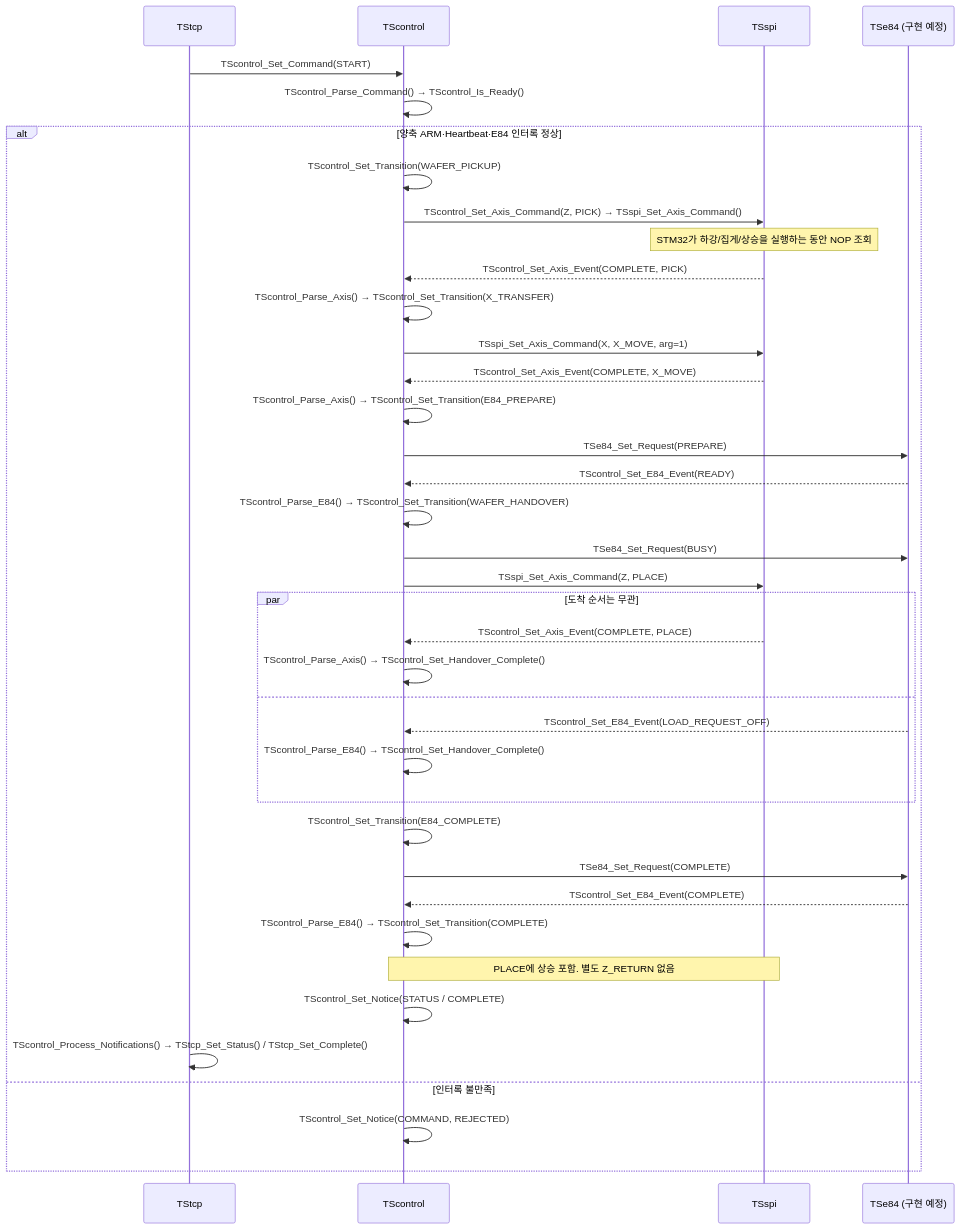
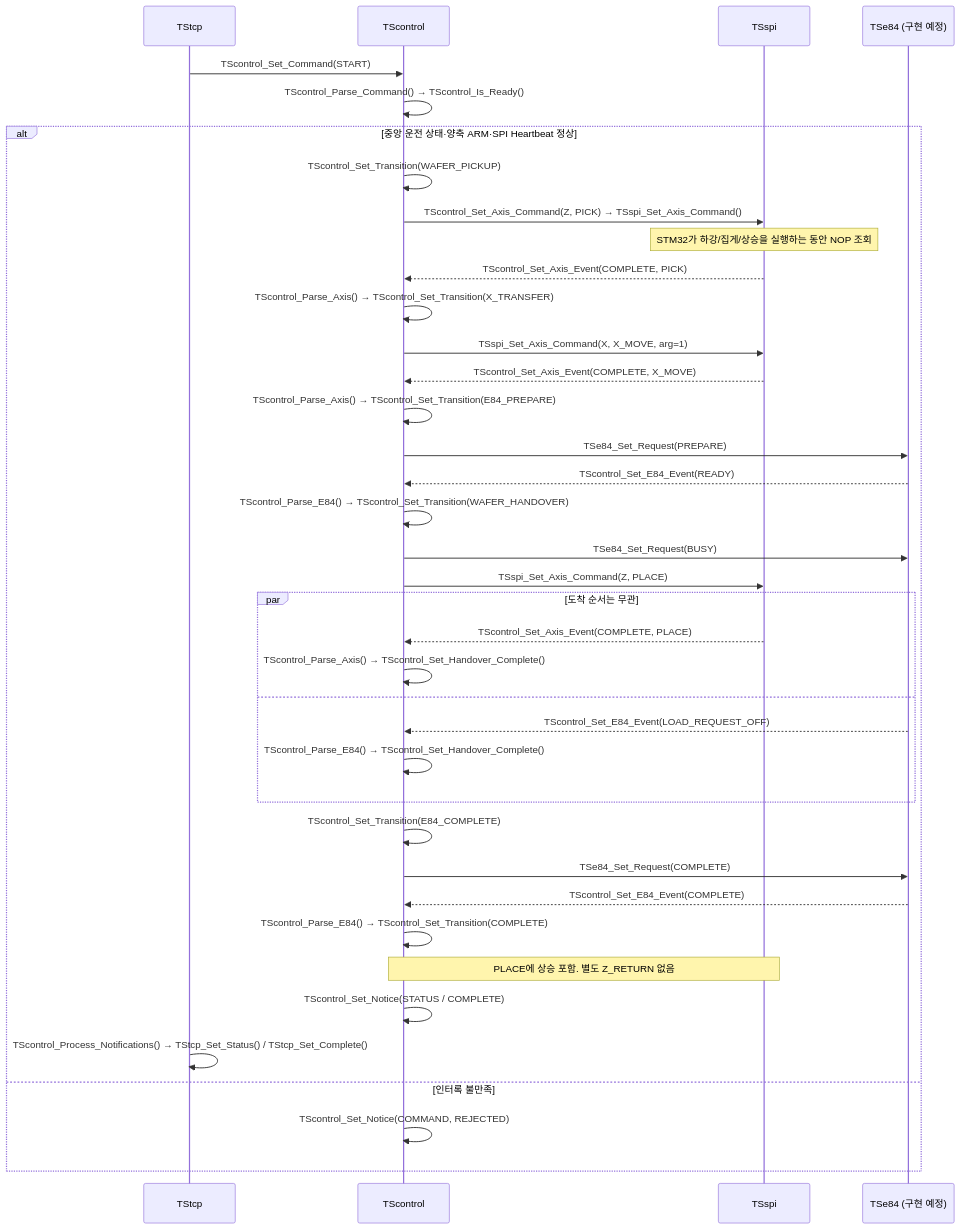
One commit to takecareYata/oht_project changed the third of 4 diagrams in oht_controller/docs/SEQUENCE_DIAGRAMS.md. Above: the diagram before and after it, drawn with Mermaid. The commit also changed other lines of this file and 13 other files, not shown here.

````diff
--- a/oht_controller/docs/SEQUENCE_DIAGRAMS.md
+++ b/oht_controller/docs/SEQUENCE_DIAGRAMS.md
@@ -84,40 +84,40 @@
 ```mermaid
 sequenceDiagram
     participant TCP as TStcp
     participant CONTROL as TScontrol
     participant SPI as TSspi
     participant E84 as TSe84 (구현 예정)
     TCP->>CONTROL: TScontrol_Set_Command(START)
     CONTROL->>CONTROL: TScontrol_Parse_Command() → TScontrol_Is_Ready()
-    alt 양축 ARM·Heartbeat·E84 인터록 정상
+    alt 중앙 운전 상태·양축 ARM·SPI Heartbeat 정상
         CONTROL->>CONTROL: TScontrol_Set_Transition(WAFER_PICKUP)
         CONTROL->>SPI: TScontrol_Set_Axis_Command(Z, PICK) → TSspi_Set_Axis_Command()
         Note over SPI: STM32가 하강/집게/상승을 실행하는 동안 NOP 조회
         SPI-->>CONTROL: TScontrol_Set_Axis_Event(COMPLETE, PICK)
         CONTROL->>CONTROL: TScontrol_Parse_Axis() → TScontrol_Set_Transition(X_TRANSFER)
         CONTROL->>SPI: TSspi_Set_Axis_Command(X, X_MOVE, arg=1)
         SPI-->>CONTROL: TScontrol_Set_Axis_Event(COMPLETE, X_MOVE)
         CONTROL->>CONTROL: TScontrol_Parse_Axis() → TScontrol_Set_Transition(E84_PREPARE)
         CONTROL->>E84: TSe84_Set_Request(PREPARE)
         E84-->>CONTROL: TScontrol_Set_E84_Event(READY)
         CONTROL->>CONTROL: TScontrol_Parse_E84() → TScontrol_Set_Transition(WAFER_HANDOVER)
         CONTROL->>E84: TSe84_Set_Request(BUSY)
         CONTROL->>SPI: TSspi_Set_Axis_Command(Z, PLACE)
         par 도착 순서는 무관
             SPI-->>CONTROL: TScontrol_Set_Axis_Event(COMPLETE, PLACE)
             CONTROL->>CONTROL: TScontrol_Parse_Axis() → TScontrol_Set_Handover_Complete()
         and
             E84-->>CONTROL: TScontrol_Set_E84_Event(LOAD_REQUEST_OFF)
             CONTROL->>CONTROL: TScontrol_Parse_E84() → TScontrol_Set_Handover_Complete()
         end
         CONTROL->>CONTROL: TScontrol_Set_Transition(E84_COMPLETE)
         CONTROL->>E84: TSe84_Set_Request(COMPLETE)
         E84-->>CONTROL: TScontrol_Set_E84_Event(COMPLETE)
         CONTROL->>CONTROL: TScontrol_Parse_E84() → TScontrol_Set_Transition(COMPLETE)
         Note over CONTROL,SPI: PLACE에 상승 포함. 별도 Z_RETURN 없음
         CONTROL->>CONTROL: TScontrol_Set_Notice(STATUS / COMPLETE)
         TCP->>TCP: TScontrol_Process_Notifications() → TStcp_Set_Status() / TStcp_Set_Complete()
     else 인터록 불만족
         CONTROL->>CONTROL: TScontrol_Set_Notice(COMMAND, REJECTED)
     end
 ```
````
